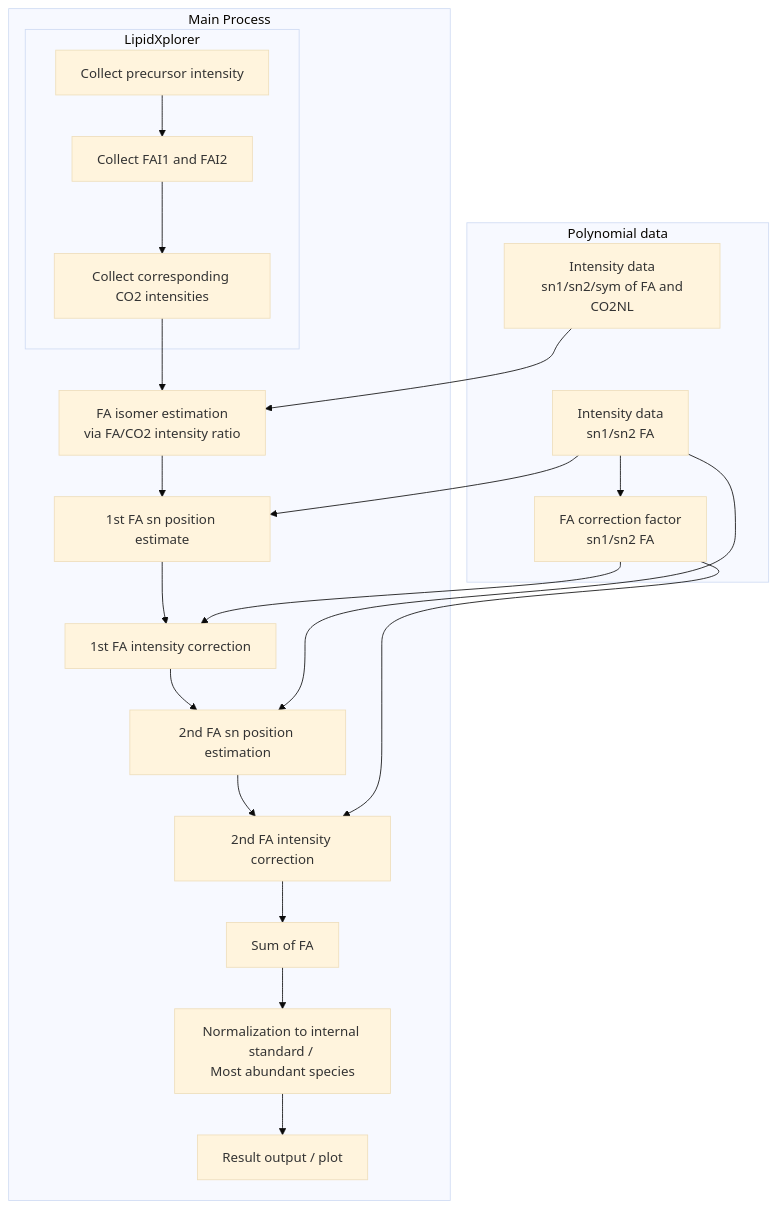
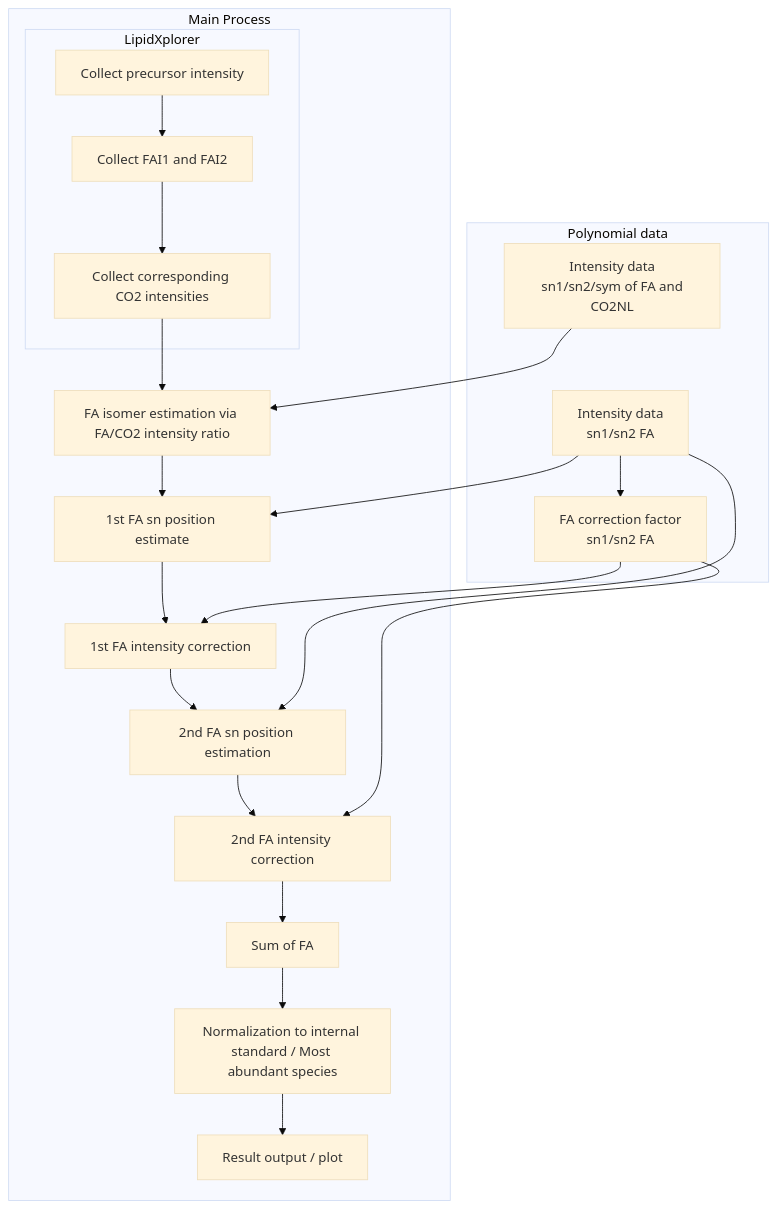
The diagram in core_app/doc/workflow.md (lifs-tools/LipidXte2), drawn with Mermaid (base theme) before and after one commit. The commit also changed other lines of this file, not shown here.

````diff
--- a/core_app/doc/workflow.md
+++ b/core_app/doc/workflow.md
@@ -105,24 +105,24 @@
 ```mermaid
 graph TD;
   subgraph Main Process
      subgraph "LipidXplorer"
         A["Collect precursor intensity"]-->B["Collect FAI1 and FAI2"];
         B-->C["Collect corresponding CO2 intensities"];
      end
-     C--> D["FA isomer estimation\n via FA/CO2 intensity ratio"];      
+     C--> D["FA isomer estimation via FA/CO2 intensity ratio"];      
      D-->E["1st FA sn position estimate"];
      E-->F["1st FA intensity correction"];
      F-->G["2nd FA sn position estimation"];
      G-->H["2nd FA intensity correction"];
      H-->I["Sum of FA"];
-     I-->J["Normalization to internal standard / \nMost abundant species"];
+     I-->J["Normalization to internal standard / Most abundant species"];
      J-->K["Result output / plot"];
  
   end
   subgraph polyDB [Polynomial data]
     PA[Intensity data\n sn1/sn2/sym of FA and CO2NL]~~~ PB
     PB[Intensity data\n sn1/sn2 FA]--> PC & E & G
     PC[FA correction factor\n sn1/sn2 FA]-->H & F
     PA-->D
   end
 ```
````
